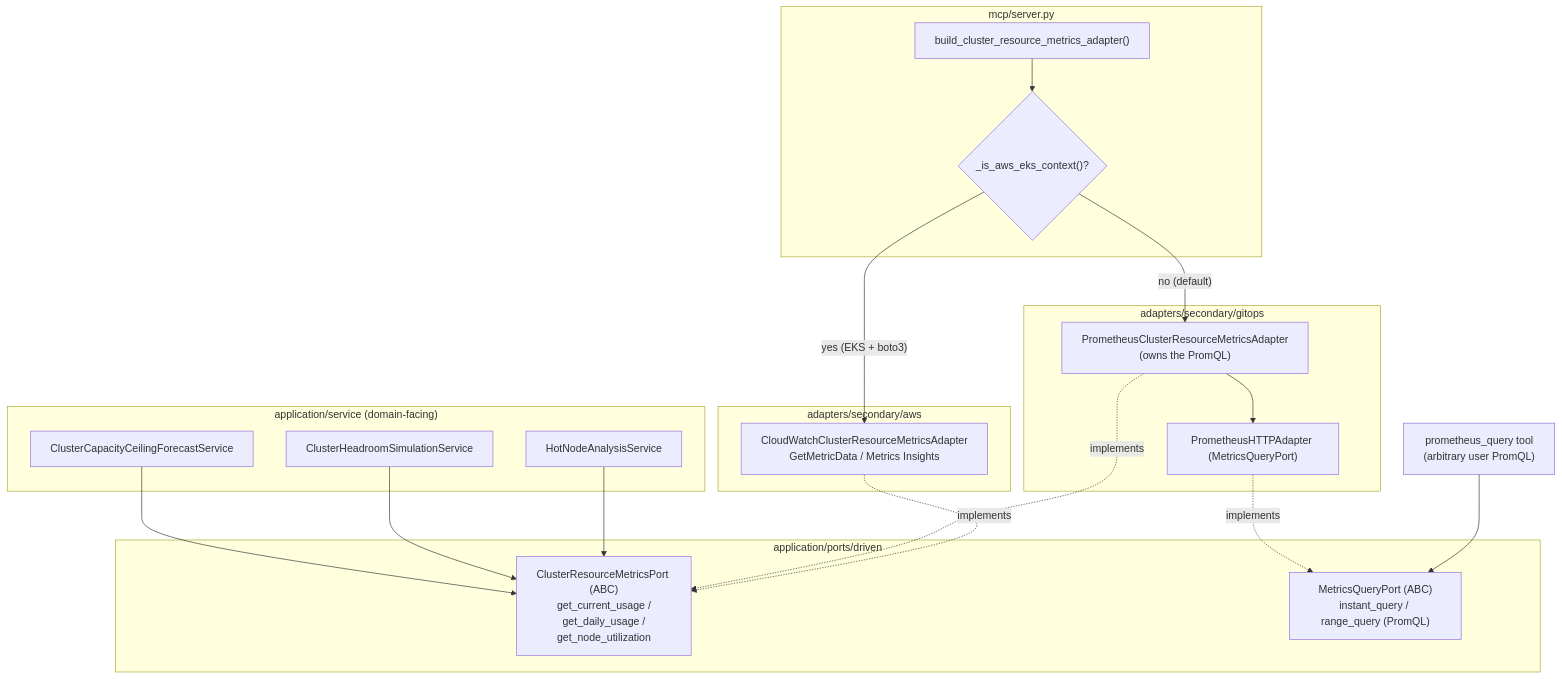
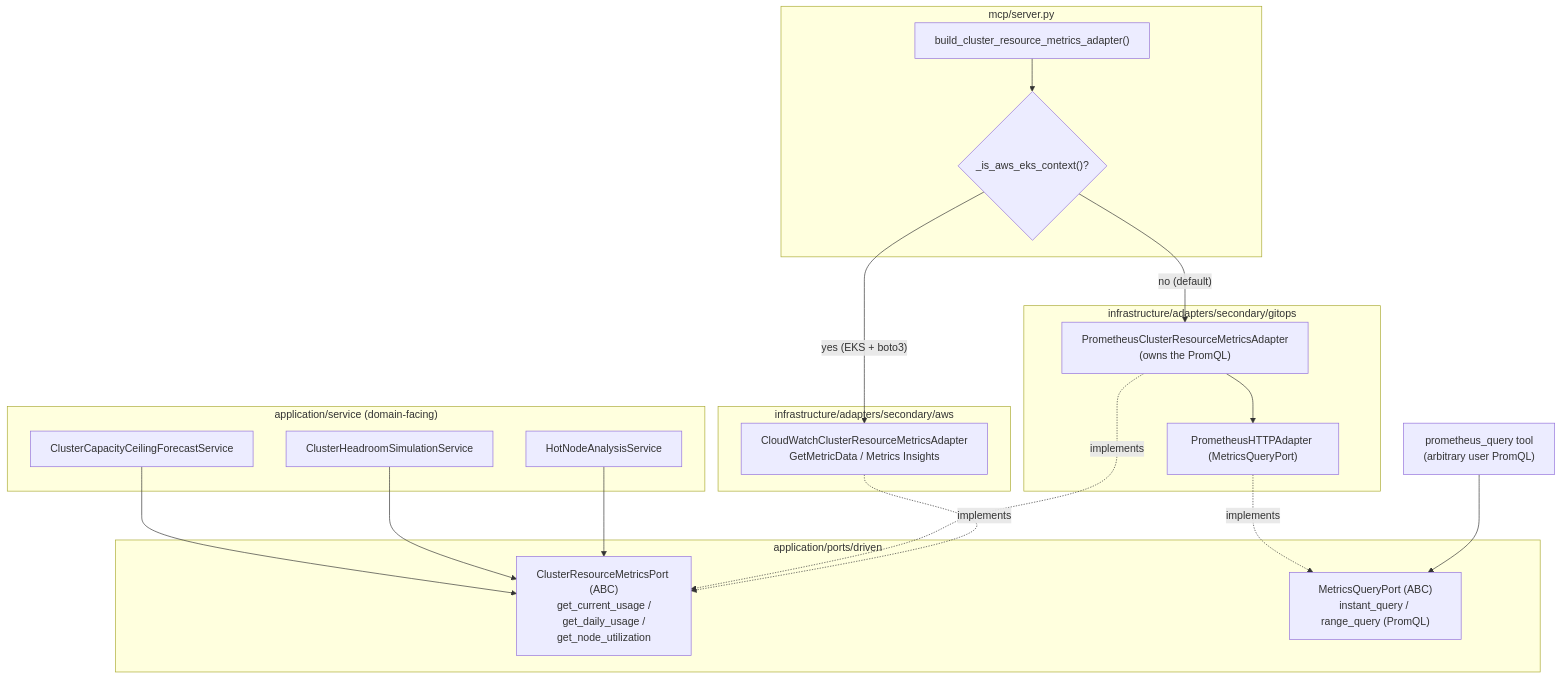
The diagram in docs/architecture/diagrams/components/cluster-resource-metrics-provider-aware.md (hexa-tools/hexawyn), drawn with Mermaid before and after one commit. The commit also changed other lines of this file and 7533 other files, not shown here.

````diff
--- a/docs/architecture/diagrams/components/cluster-resource-metrics-provider-aware.md
+++ b/docs/architecture/diagrams/components/cluster-resource-metrics-provider-aware.md
@@ -11,40 +11,40 @@
 ```mermaid
 flowchart TB
     subgraph Services["application/service (domain-facing)"]
         CAP["ClusterCapacityCeilingForecastService"]
         HEAD["ClusterHeadroomSimulationService"]
         HOT["HotNodeAnalysisService"]
     end
 
     subgraph Port["application/ports/driven"]
         CRM["ClusterResourceMetricsPort (ABC)<br/>get_current_usage /<br/>get_daily_usage /<br/>get_node_utilization"]
         MQP["MetricsQueryPort (ABC)<br/>instant_query / range_query (PromQL)"]
     end
 
     subgraph Wiring["mcp/server.py"]
         BUILD["build_cluster_resource_metrics_adapter()"]
         ISAWS{"_is_aws_eks_context()?"}
         BUILD --> ISAWS
     end
 
-    subgraph Prom["adapters/secondary/gitops"]
+    subgraph Prom["infrastructure/adapters/secondary/gitops"]
         PROM["PrometheusClusterResourceMetricsAdapter<br/>(owns the PromQL)"]
         PHTTP["PrometheusHTTPAdapter (MetricsQueryPort)"]
         PROM --> PHTTP
     end
 
-    subgraph AWS["adapters/secondary/aws"]
+    subgraph AWS["infrastructure/adapters/secondary/aws"]
         CW["CloudWatchClusterResourceMetricsAdapter<br/>GetMetricData / Metrics Insights"]
     end
 
     CAP --> CRM
     HEAD --> CRM
     HOT --> CRM
     ISAWS -->|"no (default)"| PROM
     ISAWS -->|"yes (EKS + boto3)"| CW
     PROM -.implements.-> CRM
     CW -.implements.-> CRM
     PHTTP -.implements.-> MQP
 
     PQ["prometheus_query tool<br/>(arbitrary user PromQL)"] --> MQP
 ```
````
